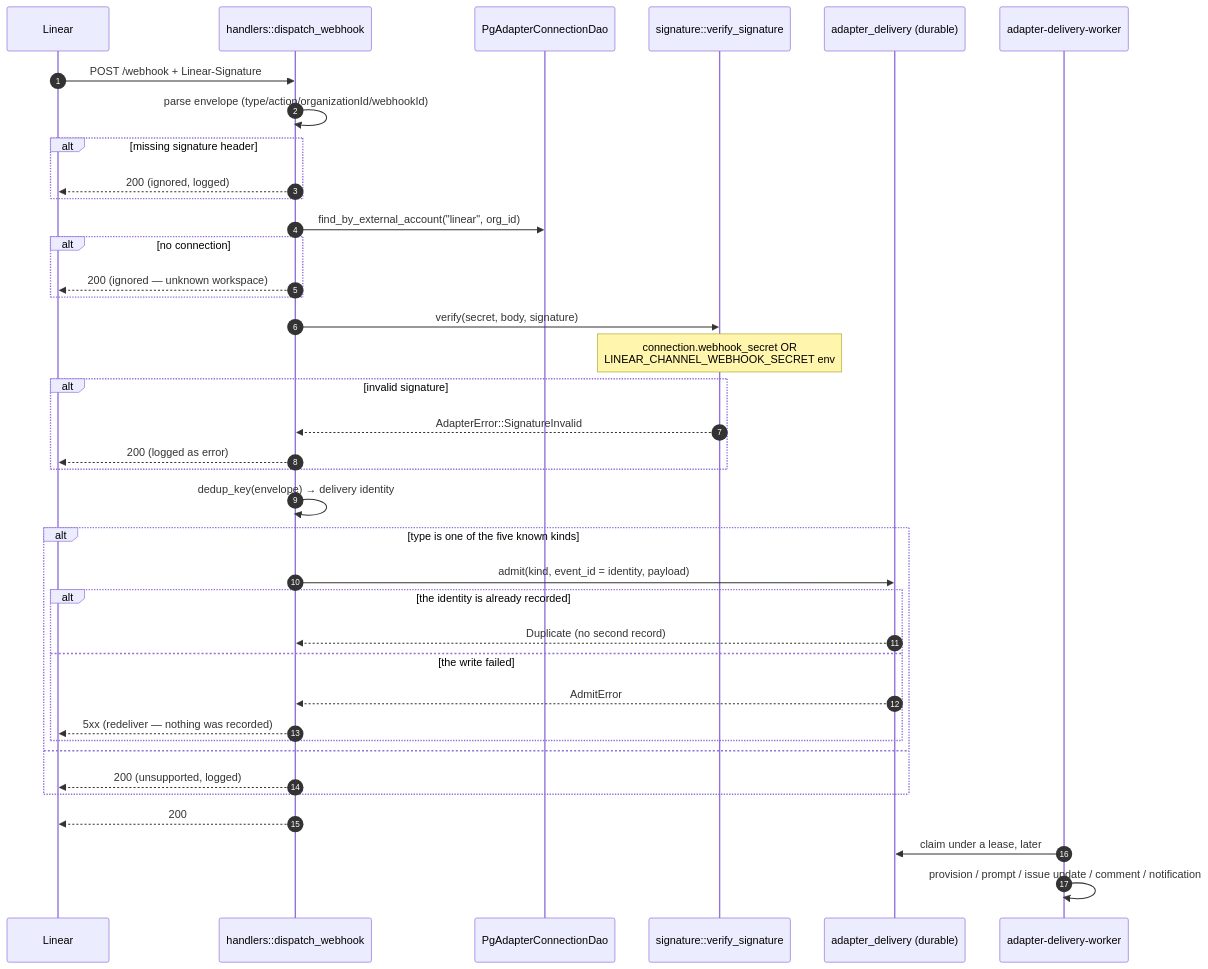
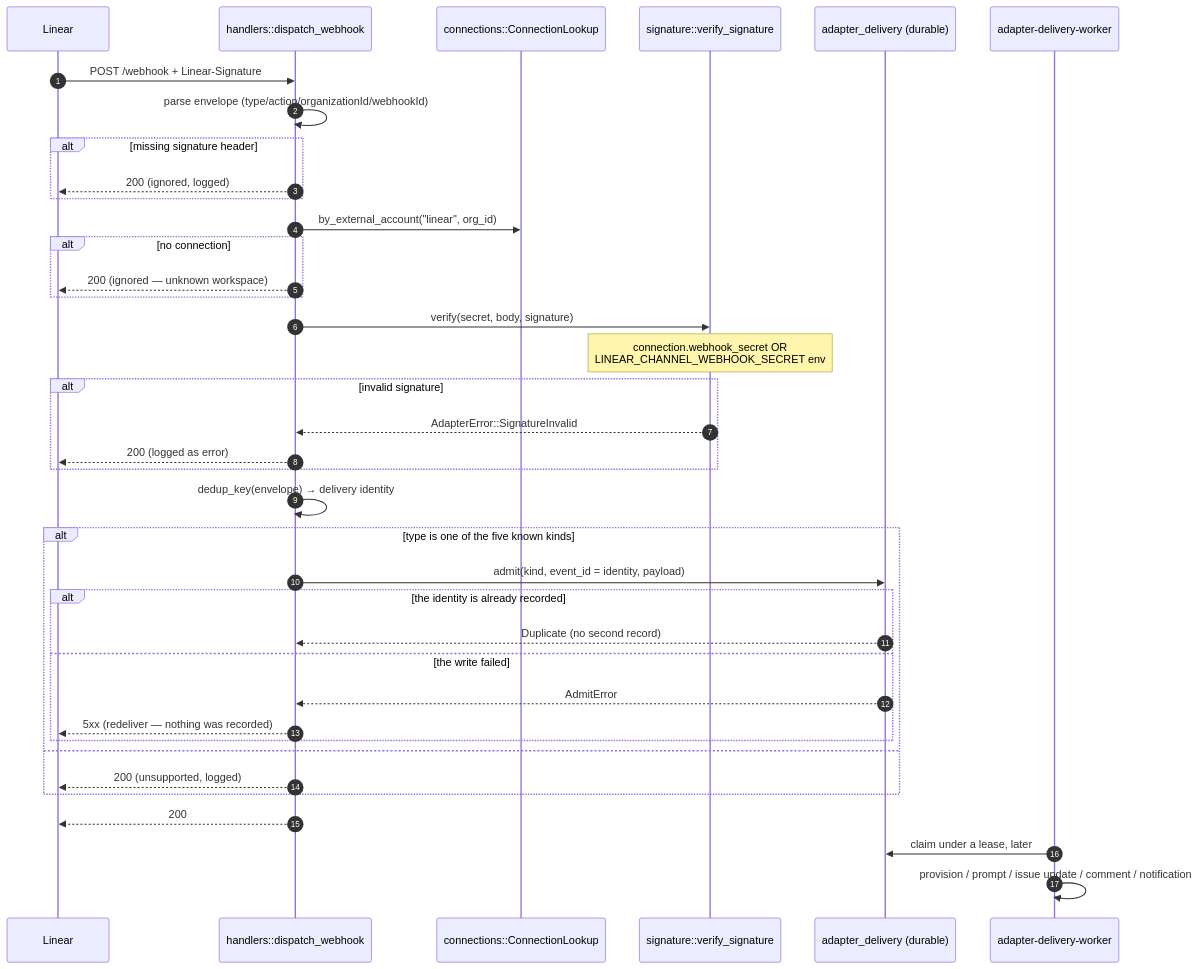
Before and after one commit to aorwall/moatless: the first of 9 diagrams in docs/linear-adapter.md, drawn with Mermaid. The commit also changed other lines of this file and 460 other files, not shown here.

````diff
--- a/docs/linear-adapter.md
+++ b/docs/linear-adapter.md
@@ -67,41 +67,41 @@
 ```mermaid
 sequenceDiagram
     autonumber
     participant Linear
     participant Dispatcher as handlers::dispatch_webhook
-    participant ConnRepo as PgAdapterConnectionDao
+    participant ConnRepo as connections::ConnectionLookup
     participant Sig as signature::verify_signature
     participant Delivery as adapter_delivery (durable)
     participant Worker as adapter-delivery-worker
 
     Linear->>Dispatcher: POST /webhook + Linear-Signature
     Dispatcher->>Dispatcher: parse envelope (type/action/organizationId/webhookId)
     alt missing signature header
         Dispatcher-->>Linear: 200 (ignored, logged)
     end
-    Dispatcher->>ConnRepo: find_by_external_account("linear", org_id)
+    Dispatcher->>ConnRepo: by_external_account("linear", org_id)
     alt no connection
         Dispatcher-->>Linear: 200 (ignored — unknown workspace)
     end
     Dispatcher->>Sig: verify(secret, body, signature)
     Note over Sig: connection.webhook_secret OR<br/>LINEAR_CHANNEL_WEBHOOK_SECRET env
     alt invalid signature
         Sig-->>Dispatcher: AdapterError::SignatureInvalid
         Dispatcher-->>Linear: 200 (logged as error)
     end
     Dispatcher->>Dispatcher: dedup_key(envelope) → delivery identity
     alt type is one of the five known kinds
         Dispatcher->>Delivery: admit(kind, event_id = identity, payload)
         alt the identity is already recorded
             Delivery-->>Dispatcher: Duplicate (no second record)
         else the write failed
             Delivery-->>Dispatcher: AdmitError
             Dispatcher-->>Linear: 5xx (redeliver — nothing was recorded)
         end
     else
         Dispatcher-->>Linear: 200 (unsupported, logged)
     end
     Dispatcher-->>Linear: 200
     Worker->>Delivery: claim under a lease, later
     Worker->>Worker: provision / prompt / issue update / comment / notification
 ```
````
